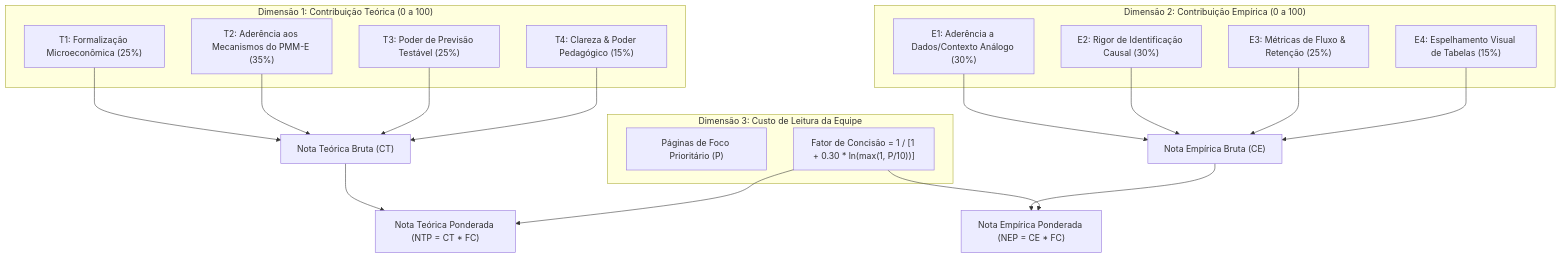
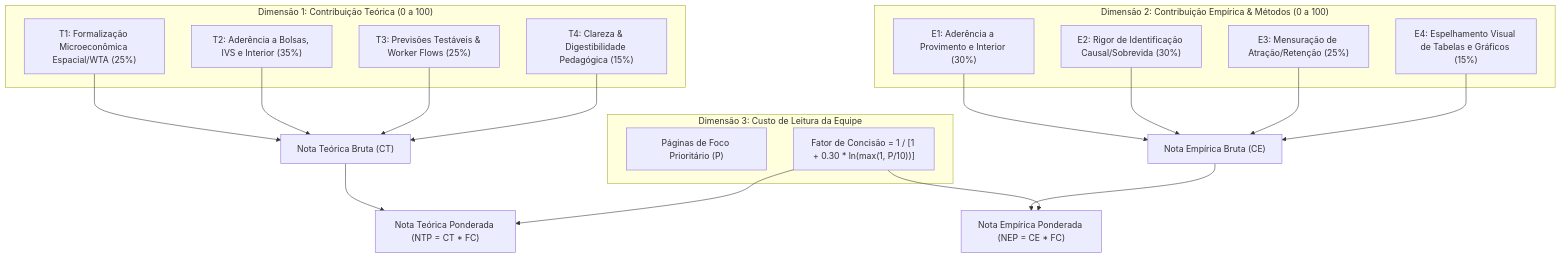
Before and after one commit to ka1victor/impact-eval-health-econ-pmme: the first of 2 diagrams in output/revisao_literatura/matriz_rubrica_detalhada.md, drawn with Mermaid. The commit also changed other lines of this file and 76 other files, not shown here.

First line of the commit message:
feat(tema): auditar atracao e provimento no interior, modelagem micro e filas A1-A6 e R1-R5

````diff
--- a/output/revisao_literatura/matriz_rubrica_detalhada.md
+++ b/output/revisao_literatura/matriz_rubrica_detalhada.md
@@ -13,27 +14,27 @@
 ```mermaid
 graph TD
     subgraph "Dimensão 1: Contribuição Teórica (0 a 100)"
-        T1["T1: Formalização Microeconômica (25%)"]
-        T2["T2: Aderência aos Mecanismos do PMM-E (35%)"]
-        T3["T3: Poder de Previsão Testável (25%)"]
-        T4["T4: Clareza & Poder Pedagógico (15%)"]
+        T1["T1: Formalização Microeconômica Espacial/WTA (25%)"]
+        T2["T2: Aderência a Bolsas, IVS e Interior (35%)"]
+        T3["T3: Previsões Testáveis & Worker Flows (25%)"]
+        T4["T4: Clareza & Digestibilidade Pedagógica (15%)"]
     end
     
-    subgraph "Dimensão 2: Contribuição Empírica (0 a 100)"
-        E1["E1: Aderência a Dados/Contexto Análogo (30%)"]
-        E2["E2: Rigor de Identificação Causal (30%)"]
-        E3["E3: Métricas de Fluxo & Retenção (25%)"]
-        E4["E4: Espelhamento Visual de Tabelas (15%)"]
+    subgraph "Dimensão 2: Contribuição Empírica & Métodos (0 a 100)"
+        E1["E1: Aderência a Provimento e Interior (30%)"]
+        E2["E2: Rigor de Identificação Causal/Sobrevida (30%)"]
+        E3["E3: Mensuração de Atração/Retenção (25%)"]
+        E4["E4: Espelhamento Visual de Tabelas e Gráficos (15%)"]
     end
     
     subgraph "Dimensão 3: Custo de Leitura da Equipe"
         P["Páginas de Foco Prioritário (P)"]
         FC["Fator de Concisão = 1 / [1 + 0.30 * ln(max(1, P/10))]"]
     end
     
     T1 & T2 & T3 & T4 --> CT["Nota Teórica Bruta (CT)"]
     E1 & E2 & E3 & E4 --> CE["Nota Empírica Bruta (CE)"]
     
     CT & FC --> NTP["Nota Teórica Ponderada (NTP = CT * FC)"]
     CE & FC --> NEP["Nota Empírica Ponderada (NEP = CE * FC)"]
 ```
````
